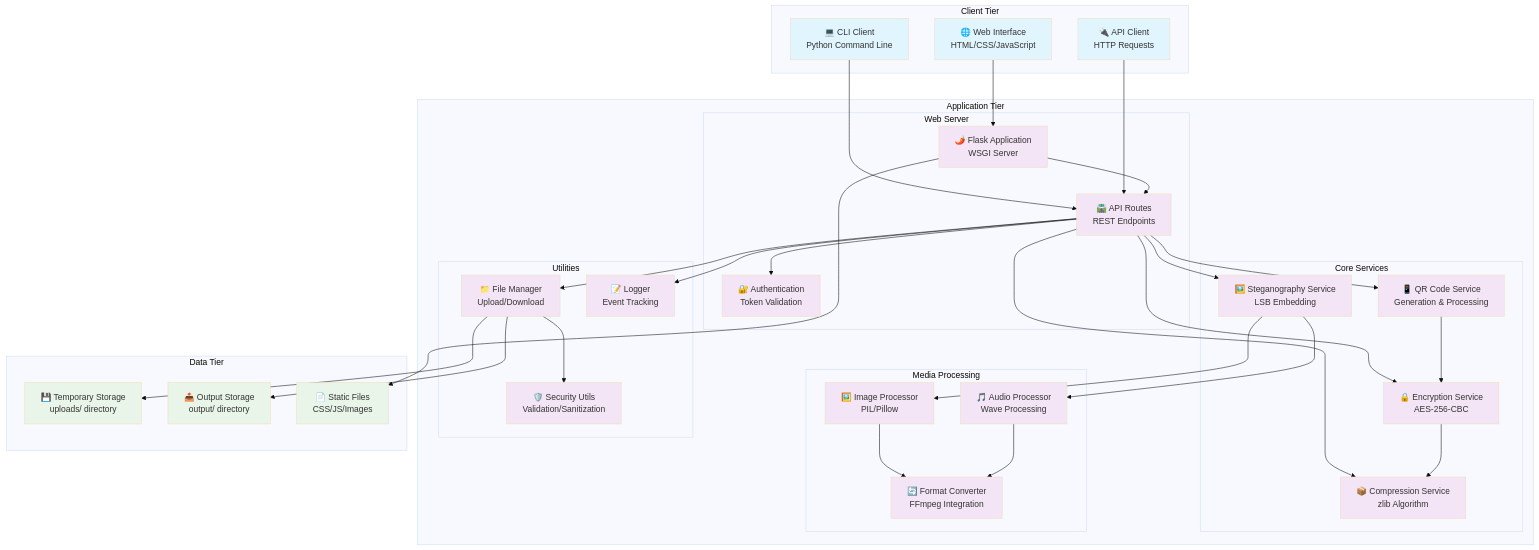
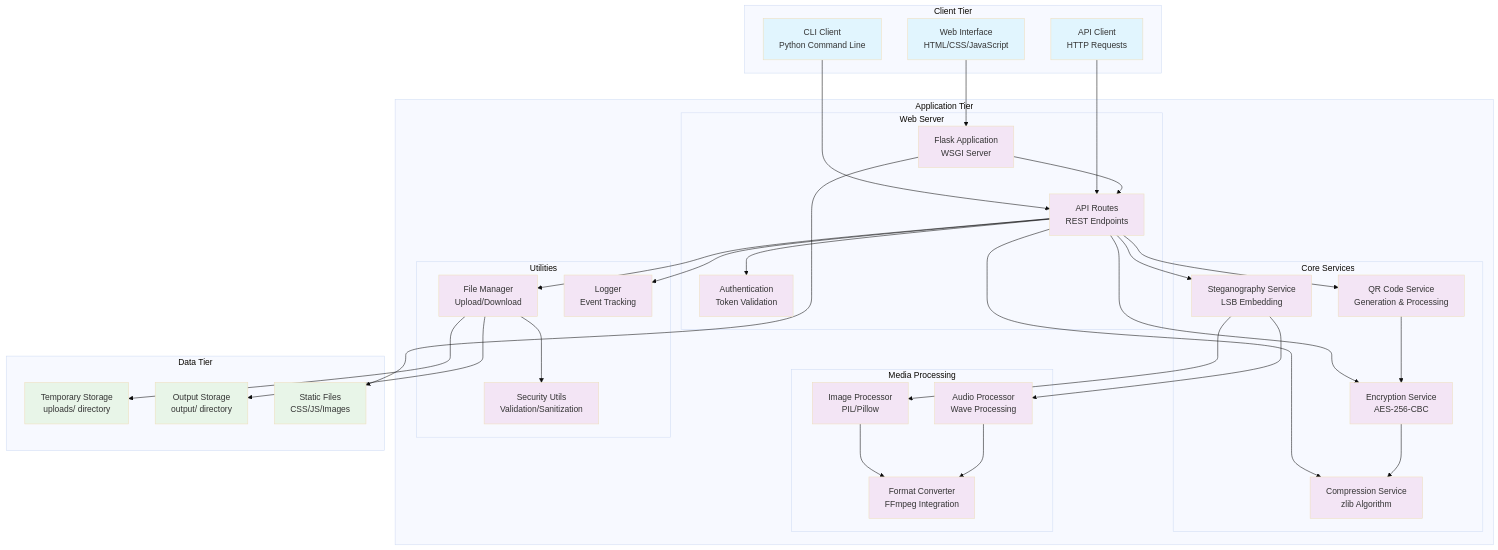
Before and after one commit to Aya2nusairat7/steganotool-enhanced: the seventh of 16 diagrams in docs/comprehensive_uml_diagrams.md, drawn with Mermaid (base theme). The commit also changed other lines of this file, not shown here.

Commit message:
Add UML documentation with Mermaid diagrams

````diff
--- a/docs/comprehensive_uml_diagrams.md
+++ b/docs/comprehensive_uml_diagrams.md
@@ -322,79 +358,79 @@
 ```mermaid
 graph TB
     subgraph "Client Tier"
-        WebUI[🌐 Web Interface<br/>HTML/CSS/JavaScript]
-        CLI[💻 CLI Client<br/>Python Command Line]
-        APIClient[🔌 API Client<br/>HTTP Requests]
+        WebUI[Web Interface<br/>HTML/CSS/JavaScript]
+        CLI[CLI Client<br/>Python Command Line]
+        APIClient[API Client<br/>HTTP Requests]
     end
     
     subgraph "Application Tier"
         subgraph "Web Server"
-            Flask[🌶️ Flask Application<br/>WSGI Server]
-            Routes[🛣️ API Routes<br/>REST Endpoints]
-            Auth[🔐 Authentication<br/>Token Validation]
+            Flask[Flask Application<br/>WSGI Server]
+            Routes[API Routes<br/>REST Endpoints]
+            Auth[Authentication<br/>Token Validation]
         end
         
         subgraph "Core Services"
-            EncryptSvc[🔒 Encryption Service<br/>AES-256-CBC]
-            CompressSvc[📦 Compression Service<br/>zlib Algorithm]
-            StegoSvc[🖼️ Steganography Service<br/>LSB Embedding]
-            QRSvc[📱 QR Code Service<br/>Generation & Processing]
+            EncryptSvc[Encryption Service<br/>AES-256-CBC]
+            CompressSvc[Compression Service<br/>zlib Algorithm]
+            StegoSvc[Steganography Service<br/>LSB Embedding]
+            QRSvc[QR Code Service<br/>Generation & Processing]
         end
         
         subgraph "Media Processing"
-            ImageProc[🖼️ Image Processor<br/>PIL/Pillow]
-            AudioProc[🎵 Audio Processor<br/>Wave Processing]
-            Converter[🔄 Format Converter<br/>FFmpeg Integration]
+            ImageProc[Image Processor<br/>PIL/Pillow]
+            AudioProc[Audio Processor<br/>Wave Processing]
+            Converter[Format Converter<br/>FFmpeg Integration]
         end
         
         subgraph "Utilities"
-            FileManager[📁 File Manager<br/>Upload/Download]
-            Security[🛡️ Security Utils<br/>Validation/Sanitization]
-            Logger[📝 Logger<br/>Event Tracking]
+            FileManager[File Manager<br/>Upload/Download]
+            Security[Security Utils<br/>Validation/Sanitization]
+            Logger[Logger<br/>Event Tracking]
         end
     end
     
     subgraph "Data Tier"
-        TempStorage[💾 Temporary Storage<br/>uploads/ directory]
-        OutputStorage[📤 Output Storage<br/>output/ directory]
-        StaticFiles[📄 Static Files<br/>CSS/JS/Images]
+        TempStorage[Temporary Storage<br/>uploads/ directory]
+        OutputStorage[Output Storage<br/>output/ directory]
+        StaticFiles[Static Files<br/>CSS/JS/Images]
     end
     
     %% Client connections
     WebUI --> Flask
     CLI --> Routes
     APIClient --> Routes
     
     %% Internal connections
     Flask --> Routes
     Routes --> Auth
     Routes --> EncryptSvc
     Routes --> CompressSvc
     Routes --> StegoSvc
     Routes --> QRSvc
     Routes --> FileManager
     
     %% Service dependencies
     EncryptSvc --> CompressSvc
     StegoSvc --> ImageProc
     StegoSvc --> AudioProc
     QRSvc --> EncryptSvc
     ImageProc --> Converter
     AudioProc --> Converter
     
     %% Utility connections
     FileManager --> Security
     Routes --> Logger
     FileManager --> TempStorage
     FileManager --> OutputStorage
     Flask --> StaticFiles
     
     %% Styling
     classDef client fill:#e1f5fe
     classDef app fill:#f3e5f5
     classDef data fill:#e8f5e8
     
     class WebUI,CLI,APIClient client
     class Flask,Routes,Auth,EncryptSvc,CompressSvc,StegoSvc,QRSvc,ImageProc,AudioProc,Converter,FileManager,Security,Logger app
     class TempStorage,OutputStorage,StaticFiles data
 ```
````
